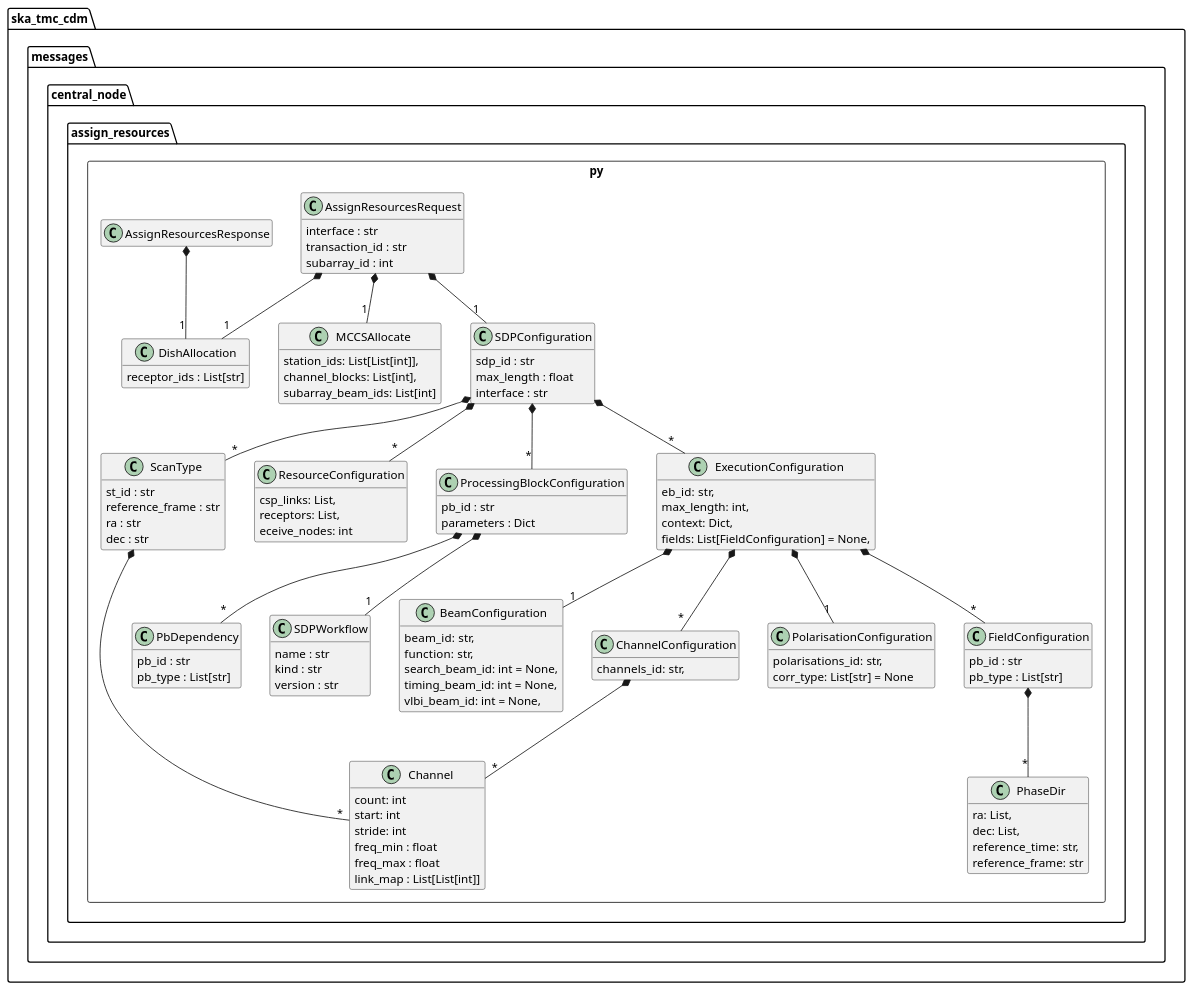
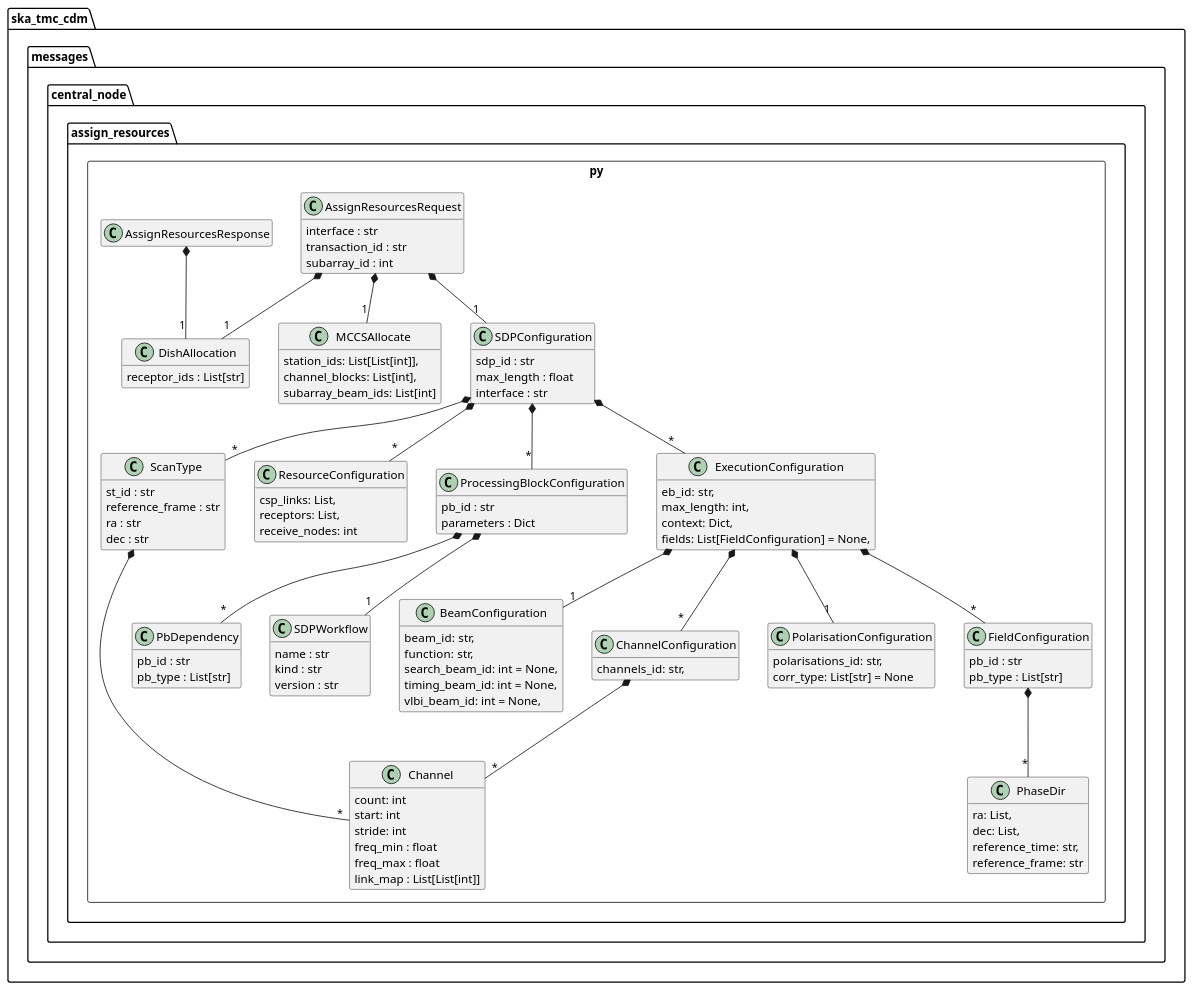
Before and after one commit to ska-telescope/cdm-shared-library: the diagram in docs/src/developer/centralnode/assignresources.puml, drawn with PlantUML. The commit also changed 1 other file, not shown here.

```diff
--- a/docs/src/developer/centralnode/assignresources.puml
+++ b/docs/src/developer/centralnode/assignresources.puml
@@ -1,120 +1,120 @@
 @startuml
 hide empty members
 
 package ska_tmc_cdm.messages.central_node {
     package assign_resources.py <<Rectangle>> {
         class DishAllocation {
             receptor_ids : List[str]
         }
 
         class MCCSAllocate {
             station_ids: List[List[int]],
             channel_blocks: List[int],
             subarray_beam_ids: List[int]
         }
 
         class Channel {
             count: int
             start: int
             stride: int
             freq_min : float
             freq_max : float
             link_map : List[List[int]]
         }
 
         class ScanType {
             st_id : str
             reference_frame : str
             ra : str
             dec : str
         }
         ScanType *-- "*" Channel
 
         class PbDependency {
             pb_id : str
             pb_type : List[str]
         }
          class ResourceConfiguration {
             csp_links: List, 
             receptors: List,
-            eceive_nodes: int
+            receive_nodes: int
         }
         class PhaseDir {
             ra: List,
             dec: List, 
             reference_time: str, 
             reference_frame: str
         }
         class BeamConfiguration {
             beam_id: str,
             function: str,
             search_beam_id: int = None,
             timing_beam_id: int = None,
             vlbi_beam_id: int = None,
         }
         class ChannelConfiguration {
             channels_id: str, 
         }
         ChannelConfiguration  *-- "*" Channel
         class PolarisationConfiguration {
             polarisations_id: str,
             corr_type: List[str] = None  
         }
 
         class FieldConfiguration {
             pb_id : str
             pb_type : List[str]
         }
 
         FieldConfiguration  *-- "*" PhaseDir
 
         class SDPWorkflow {
             name : str
             kind : str
             version : str
         }
 
         class ProcessingBlockConfiguration {
             pb_id : str
             parameters : Dict
         }
         ProcessingBlockConfiguration  *-- "1" SDPWorkflow
         ProcessingBlockConfiguration  *-- "*" PbDependency
 
         class ExecutionConfiguration {
             eb_id: str,
             max_length: int,
             context: Dict,
             fields: List[FieldConfiguration] = None,
         }
         ExecutionConfiguration  *-- "1" BeamConfiguration
         ExecutionConfiguration  *-- "*" ChannelConfiguration
         ExecutionConfiguration  *-- "1" PolarisationConfiguration
         ExecutionConfiguration  *-- "*" FieldConfiguration
 
         class SDPConfiguration {
             sdp_id : str
             max_length : float
             interface : str
         }
         SDPConfiguration *-- "*" ScanType
         SDPConfiguration *-- "*" ProcessingBlockConfiguration
         SDPConfiguration *-- "*" ExecutionConfiguration
         SDPConfiguration *-- "*" ResourceConfiguration
 
         class AssignResourcesRequest {
             interface : str
             transaction_id : str
             subarray_id : int
         }
 
         AssignResourcesRequest *-- "1" DishAllocation
         AssignResourcesRequest *-- "1" MCCSAllocate
         AssignResourcesRequest *-- "1" SDPConfiguration
 
         class AssignResourcesResponse
         AssignResourcesResponse *-- "1" DishAllocation
 	}
 }
 
 @enduml
```
